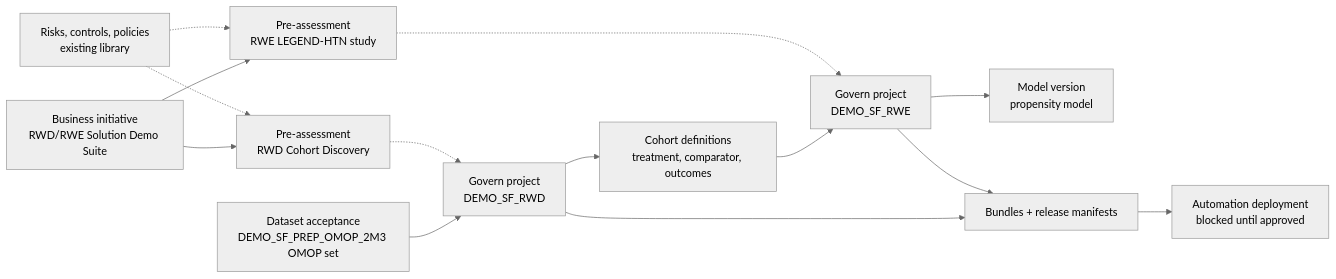
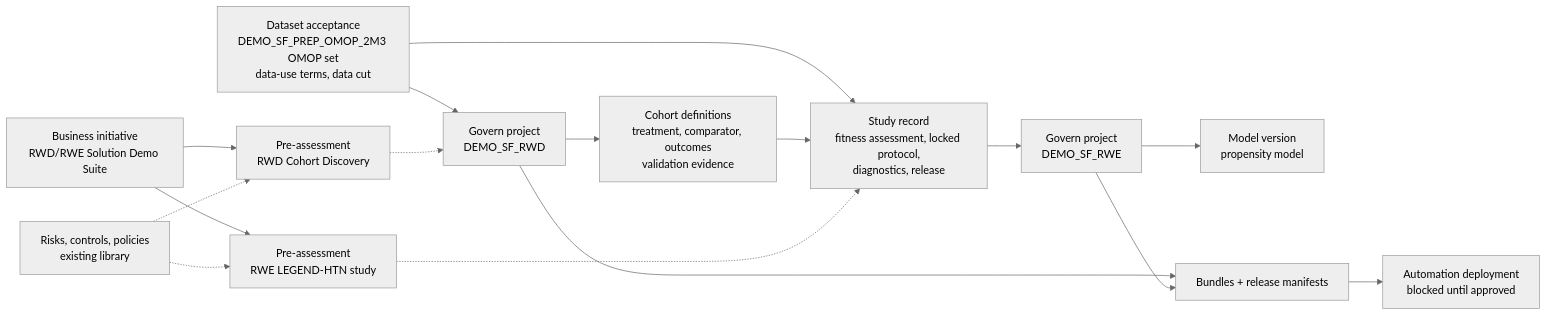
One commit to lhfudataiku/bs-rwe-assets changed the third of 3 diagrams in docs/governance-mvp-proposal.md. Above: the diagram before and after it, drawn with Mermaid (neutral theme). The commit also changed other lines of this file and 3 other files, not shown here.

First line of the commit message:
Governance proposal: govern the study, add the RWE governance review

````diff
--- a/docs/governance-mvp-proposal.md
+++ b/docs/governance-mvp-proposal.md
@@ -73,16 +331,18 @@
 ```mermaid
 flowchart LR
   BI[Business initiative<br/>RWD/RWE Solution Demo Suite] --> PA2[Pre-assessment<br/>RWD Cohort Discovery]
   BI --> PA3[Pre-assessment<br/>RWE LEGEND-HTN study]
-  DS[Dataset acceptance<br/>DEMO_SF_PREP_OMOP_2M3 OMOP set] --> GP2[Govern project<br/>DEMO_SF_RWD]
-  GP2 --> CO[Cohort definitions<br/>treatment, comparator, outcomes]
-  CO --> GP3[Govern project<br/>DEMO_SF_RWE]
+  DS[Dataset acceptance<br/>DEMO_SF_PREP_OMOP_2M3 OMOP set<br/>data-use terms, data cut] --> GP2[Govern project<br/>DEMO_SF_RWD]
+  GP2 --> CO[Cohort definitions<br/>treatment, comparator, outcomes<br/>validation evidence]
+  DS --> ST[Study record<br/>fitness assessment, locked protocol,<br/>diagnostics, release]
+  CO --> ST
+  ST --> GP3[Govern project<br/>DEMO_SF_RWE]
   GP3 --> MV[Model version<br/>propensity model]
   GP2 --> BU[Bundles + release manifests]
   GP3 --> BU
   BU --> DEP[Automation deployment<br/>blocked until approved]
   PA2 -.-> GP2
-  PA3 -.-> GP3
+  PA3 -.-> ST
   RC[Risks, controls, policies<br/>existing library] -.-> PA2
   RC -.-> PA3
 ```
````
